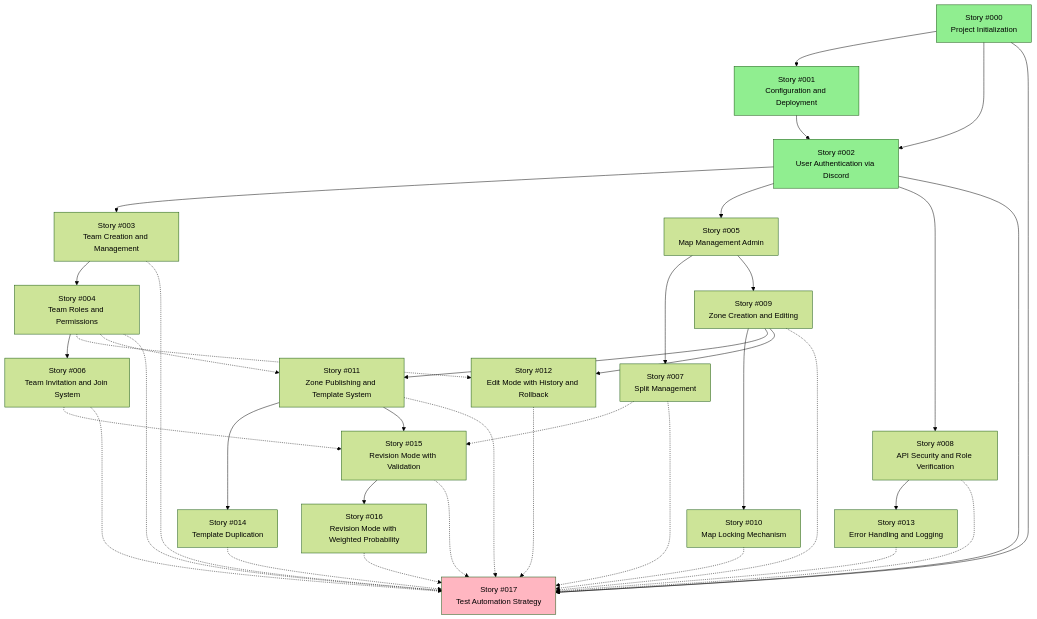
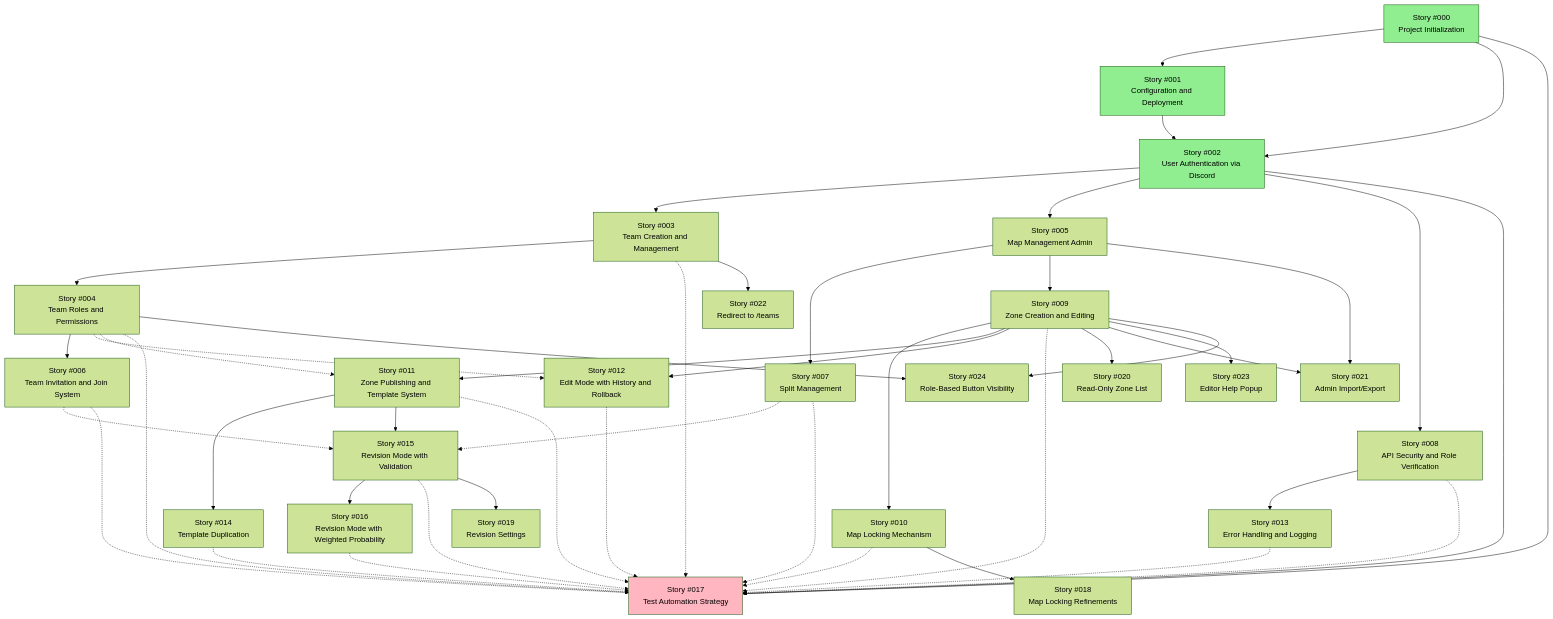
The first of 3 diagrams in docs/stories/workflow.md (bouquetf/eva_trainer), drawn with Mermaid (forest theme) before and after one commit. The commit also changed other lines of this file and 30 other files, not shown here.

Commit message:
feat(019): implement configurable revision timers and settings

````diff
--- a/docs/stories/workflow.md
+++ b/docs/stories/workflow.md
@@ -141,59 +166,70 @@
 ```mermaid
 graph TD
     #000[Story #000<br/>Project Initialization]
     #001[Story #001<br/>Configuration and Deployment]
     #002[Story #002<br/>User Authentication via Discord]
     
     #000 --> #001
     #000 --> #002
     
     #001 --> #002
     
     #002 --> #003[Story #003<br/>Team Creation and Management]
     #002 --> #005[Story #005<br/>Map Management Admin]
     #002 --> #008[Story #008<br/>API Security and Role Verification]
     
     #003 --> #004[Story #004<br/>Team Roles and Permissions]
     #004 --> #006[Story #006<br/>Team Invitation and Join System]
     
     #005 --> #007[Story #007<br/>Split Management]
     #005 --> #009[Story #009<br/>Zone Creation and Editing]
     
     #009 --> #010[Story #010<br/>Map Locking Mechanism]
     #009 --> #011[Story #011<br/>Zone Publishing and Template System]
     #009 --> #012[Story #012<br/>Edit Mode with History and Rollback]
     
     #011 --> #014[Story #014<br/>Template Duplication]
     #011 --> #015[Story #015<br/>Revision Mode with Validation]
     
     #015 --> #016[Story #016<br/>Revision Mode with Weighted Probability]
     
     #008 --> #013[Story #013<br/>Error Handling and Logging]
     
     #004 -.-> #012
     #004 -.-> #011
     
     #006 -.-> #015
     #007 -.-> #015
     
     #000 --> #017[Story #017<br/>Test Automation Strategy]
     #002 --> #017
     #003 -.-> #017
     #004 -.-> #017
     #006 -.-> #017
     #007 -.-> #017
     #008 -.-> #017
     #009 -.-> #017
     #010 -.-> #017
     #011 -.-> #017
     #012 -.-> #017
     #013 -.-> #017
     #014 -.-> #017
     #015 -.-> #017
     #016 -.-> #017
     
+    %% Feedback-driven refinements (#018-#024)
+    #010 --> #018[Story #018<br/>Map Locking Refinements]
+    #015 --> #019[Story #019<br/>Revision Settings]
+    #009 --> #020[Story #020<br/>Read-Only Zone List]
+    #009 --> #021[Story #021<br/>Admin Import/Export]
+    #005 --> #021
+    #003 --> #022[Story #022<br/>Redirect to /teams]
+    #009 --> #023[Story #023<br/>Editor Help Popup]
+    #004 --> #024[Story #024<br/>Role-Based Button Visibility]
+    #009 --> #024
+    
     style #000 fill:#90EE90
     style #001 fill:#90EE90
     style #002 fill:#90EE90
     style #017 fill:#FFB6C1
 ```
````
